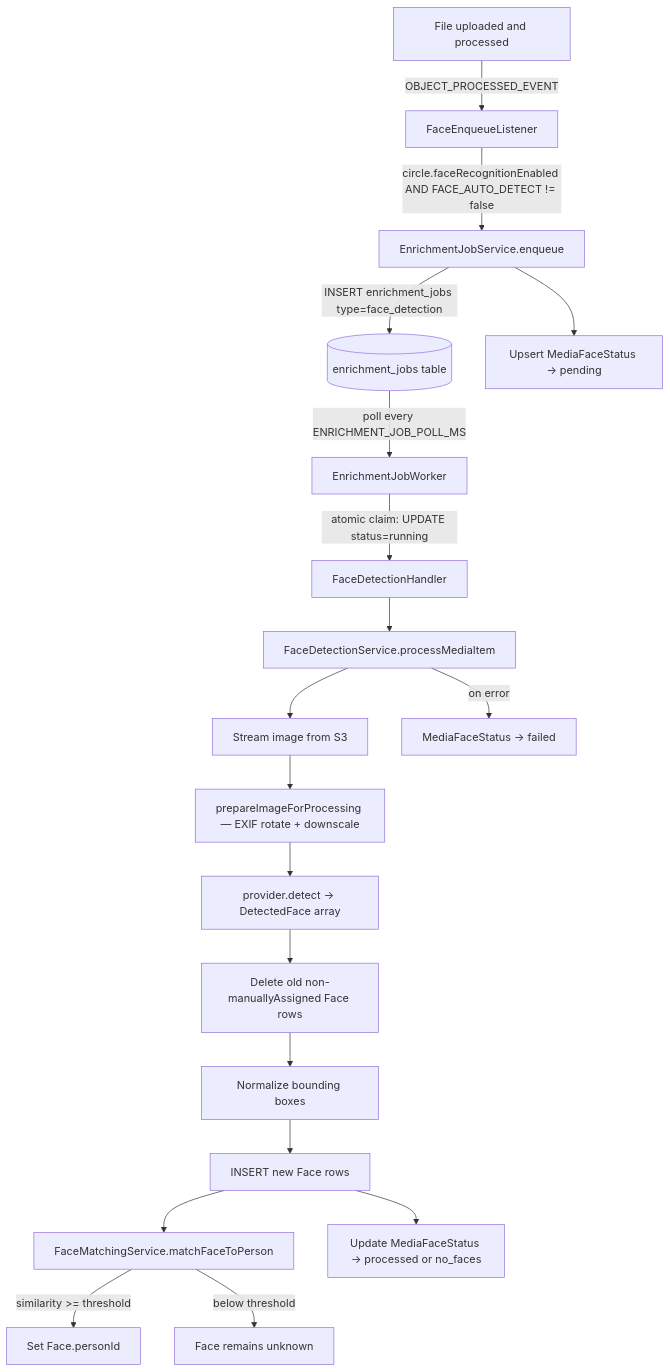
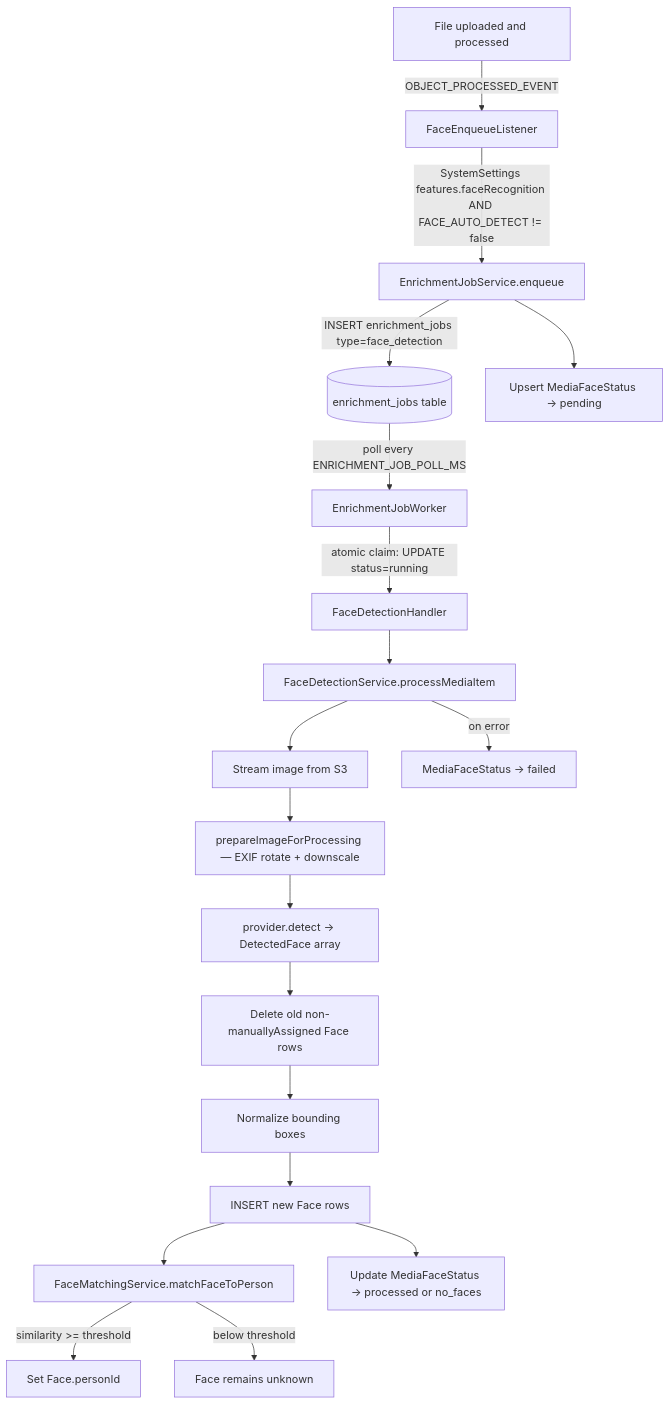
Before and after one commit to marinoscar/MemoriaHub: the diagram in docs/specs/face-recognition.md, drawn with Mermaid. The commit also changed other lines of this file and 5 other files, not shown here.

````diff
--- a/docs/specs/face-recognition.md
+++ b/docs/specs/face-recognition.md
@@ -54,21 +54,21 @@
 ```mermaid
 flowchart TD
     A[File uploaded and processed] -->|OBJECT_PROCESSED_EVENT| B[FaceEnqueueListener]
-    B -->|circle.faceRecognitionEnabled AND FACE_AUTO_DETECT != false| C[EnrichmentJobService.enqueue]
+    B -->|SystemSettings features.faceRecognition AND FACE_AUTO_DETECT != false| C[EnrichmentJobService.enqueue]
     C -->|INSERT enrichment_jobs type=face_detection| D[(enrichment_jobs table)]
     C --> E[Upsert MediaFaceStatus → pending]
     D -->|poll every ENRICHMENT_JOB_POLL_MS| F[EnrichmentJobWorker]
     F -->|atomic claim: UPDATE status=running| G[FaceDetectionHandler]
     G --> H[FaceDetectionService.processMediaItem]
     H --> I[Stream image from S3]
     I --> J[prepareImageForProcessing — EXIF rotate + downscale]
     J --> K[provider.detect → DetectedFace array]
     K --> L[Delete old non-manuallyAssigned Face rows]
     L --> M[Normalize bounding boxes]
     M --> N[INSERT new Face rows]
     N --> O[FaceMatchingService.matchFaceToPerson]
     O -->|similarity >= threshold| P[Set Face.personId]
     O -->|below threshold| Q[Face remains unknown]
     N --> R[Update MediaFaceStatus → processed or no_faces]
     H -->|on error| S[MediaFaceStatus → failed]
 ```
````
